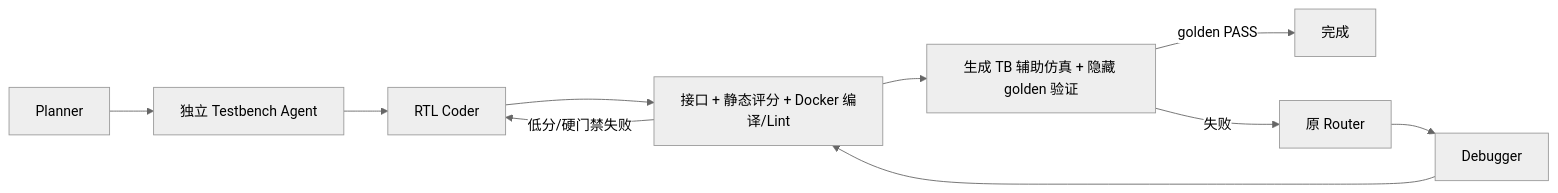
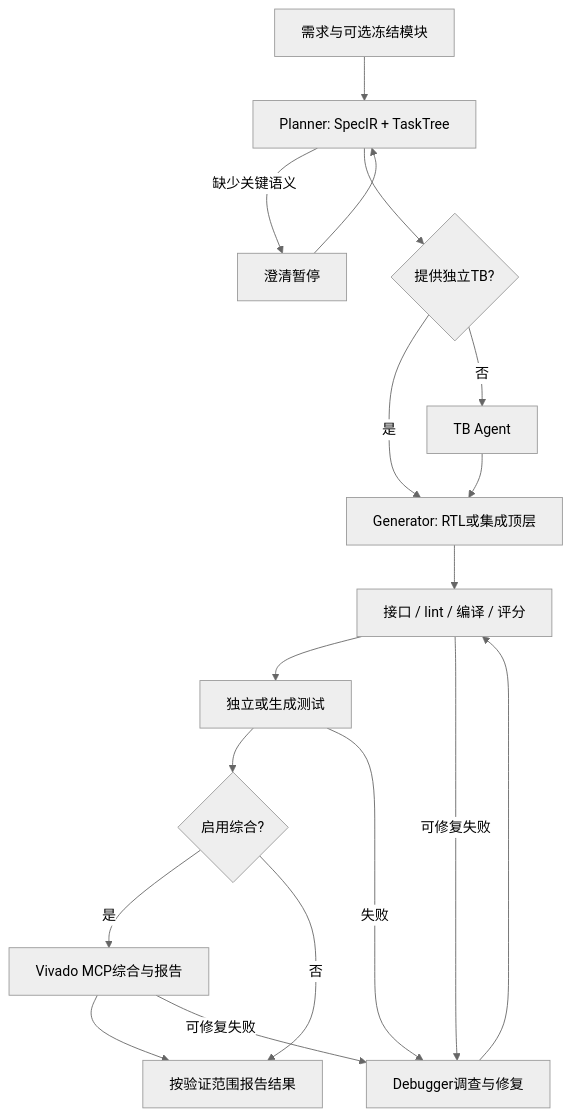
Before and after one commit to MANTOKA/RTLForge: the diagram in docs/03-architecture.md, drawn with Mermaid (neutral theme). The commit also changed other lines of this file and 234 other files, not shown here.

````diff
--- a/docs/03-architecture.md
+++ b/docs/03-architecture.md
@@ -7,12 +6,20 @@
 ```mermaid
-flowchart LR
-  P[Planner] --> T[独立 Testbench Agent]
-  T --> C[RTL Coder]
-  C --> E[接口 + 静态评分 + Docker 编译/Lint]
-  E --> V[生成 TB 辅助仿真 + 隐藏 golden 验证]
-  V -->|golden PASS| O[完成]
-  V -->|失败| R[原 Router]
-  R --> D[Debugger]
-  D --> E
-  E -->|低分/硬门禁失败| C
+flowchart TD
+  U[需求与可选冻结模块] --> P[Planner: SpecIR + TaskTree]
+  P -->|缺少关键语义| H[澄清暂停]
+  H --> P
+  P --> B{提供独立TB?}
+  B -->|是| G[Generator: RTL或集成顶层]
+  B -->|否| T[TB Agent]
+  T --> G
+  G --> S[接口 / lint / 编译 / 评分]
+  S --> V[独立或生成测试]
+  V --> Y{启用综合?}
+  Y -->|是| M[Vivado MCP综合与报告]
+  Y -->|否| O[按验证范围报告结果]
+  M --> O
+  S -->|可修复失败| D[Debugger调查与修复]
+  V -->|失败| D
+  M -->|可修复失败| D
+  D --> S
 ```
````
